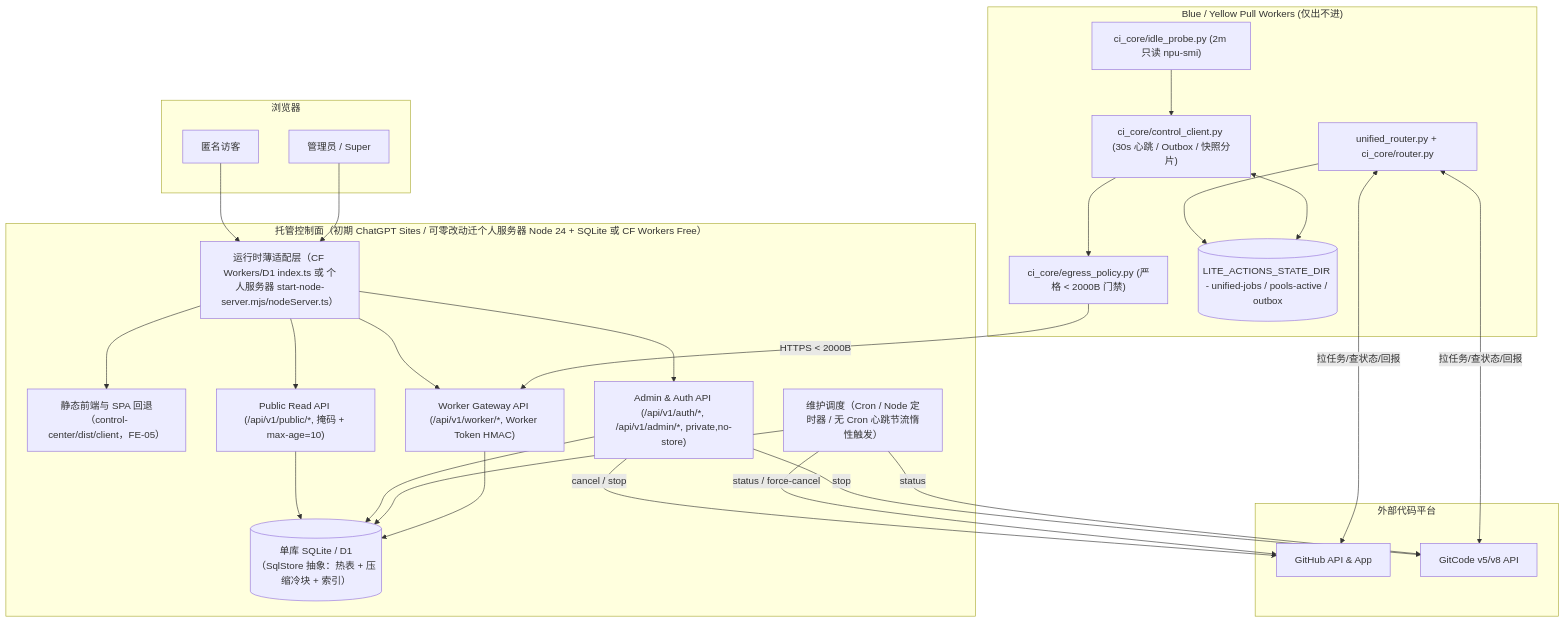
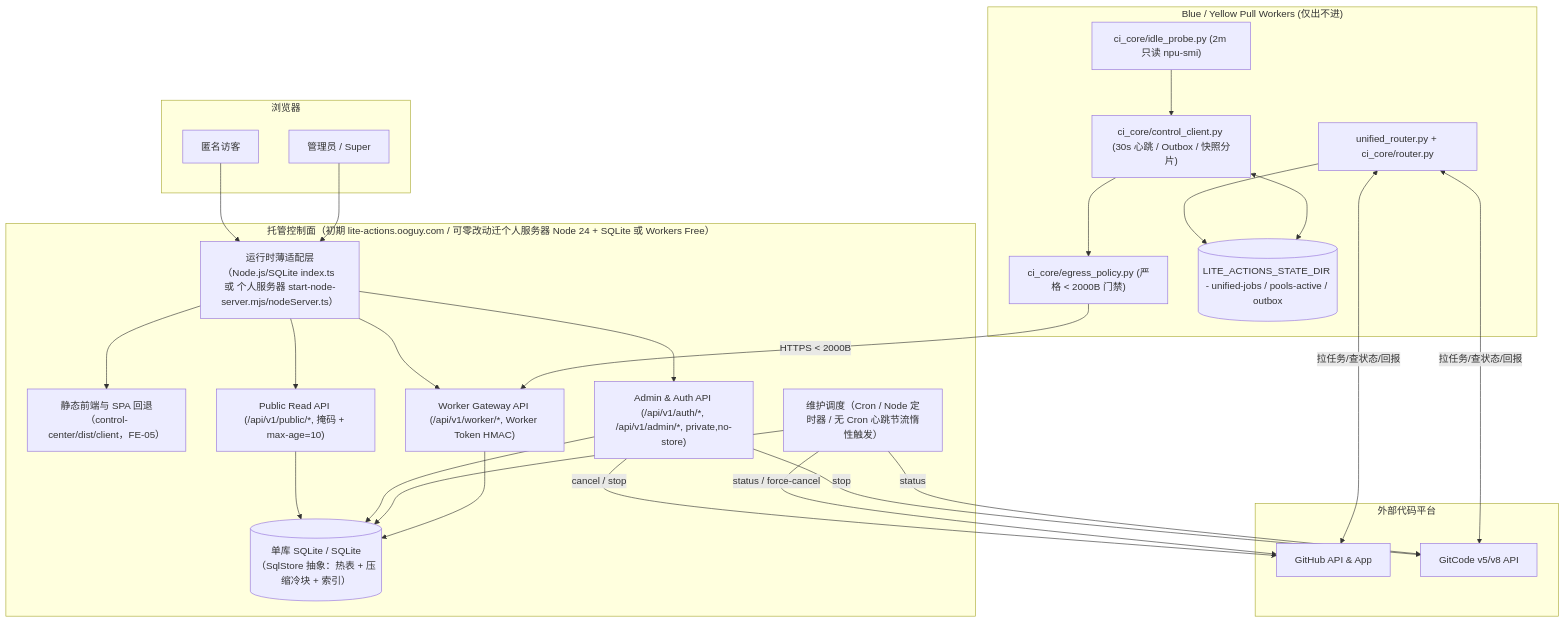
The diagram in control-center/docs/DESIGN.md (depeng1994/lite-actions), drawn with Mermaid before and after one commit. The commit also changed other lines of this file and 45 other files, not shown here.

````diff
--- a/control-center/docs/DESIGN.md
+++ b/control-center/docs/DESIGN.md
@@ -258,53 +255,53 @@
 ```mermaid
 flowchart TB
     subgraph Browser["浏览器"]
         PUB["匿名访客"]
         ADM["管理员 / Super"]
     end
 
-    subgraph HOST["托管控制面（初期 ChatGPT Sites / 可零改动迁个人服务器 Node 24 + SQLite 或 CF Workers Free）"]
-        ADAPTER["运行时薄适配层（CF Workers/D1 index.ts 或 个人服务器 start-node-server.mjs/nodeServer.ts）"]
+    subgraph HOST["托管控制面（初期 lite-actions.ooguy.com / 可零改动迁个人服务器 Node 24 + SQLite 或 Workers Free）"]
+        ADAPTER["运行时薄适配层（Node.js/SQLite index.ts 或 个人服务器 start-node-server.mjs/nodeServer.ts）"]
         ASSETS["静态前端与 SPA 回退（control-center/dist/client，FE-05）"]
         PUB_API["Public Read API (/api/v1/public/*, 掩码 + max-age=10)"]
         ADM_API["Admin & Auth API (/api/v1/auth/*, /api/v1/admin/*, private,no-store)"]
         W_API["Worker Gateway API (/api/v1/worker/*, Worker Token HMAC)"]
         MAINT["维护调度（Cron / Node 定时器 / 无 Cron 心跳节流惰性触发）"]
-        DB[("单库 SQLite / D1（SqlStore 抽象：热表 + 压缩冷块 + 索引）")]
+        DB[("单库 SQLite / SQLite（SqlStore 抽象：热表 + 压缩冷块 + 索引）")]
     end
 
     subgraph Workers["Blue / Yellow Pull Workers (仅出不进)"]
         ROUTER["unified_router.py + ci_core/router.py"]
         CTRL["ci_core/control_client.py (30s 心跳 / Outbox / 快照分片)"]
         PROBE["ci_core/idle_probe.py (2m 只读 npu-smi)"]
         EGRESS["ci_core/egress_policy.py (严格 < 2000B 门禁)"]
         STATE[("LITE_ACTIONS_STATE_DIR - unified-jobs / pools-active / outbox")]
     end
 
     subgraph Platforms["外部代码平台"]
         GH["GitHub API & App"]
         GC["GitCode v5/v8 API"]
     end
 
     PUB --> ADAPTER
     ADM --> ADAPTER
     ADAPTER --> ASSETS
     ADAPTER --> PUB_API
     ADAPTER --> ADM_API
     ADAPTER --> W_API
     PUB_API --> DB
     ADM_API --> DB
     ADM_API -->|cancel / stop| GH
     ADM_API -->|stop| GC
     MAINT --> DB
     MAINT -->|status / force-cancel| GH
     MAINT -->|status| GC
     W_API --> DB
 
     ROUTER --> STATE
     ROUTER <-->|拉任务/查状态/回报| GH
     ROUTER <-->|拉任务/查状态/回报| GC
     CTRL --> EGRESS
     EGRESS -->|HTTPS < 2000B| W_API
     PROBE --> CTRL
     CTRL <--> STATE
 ```
````
